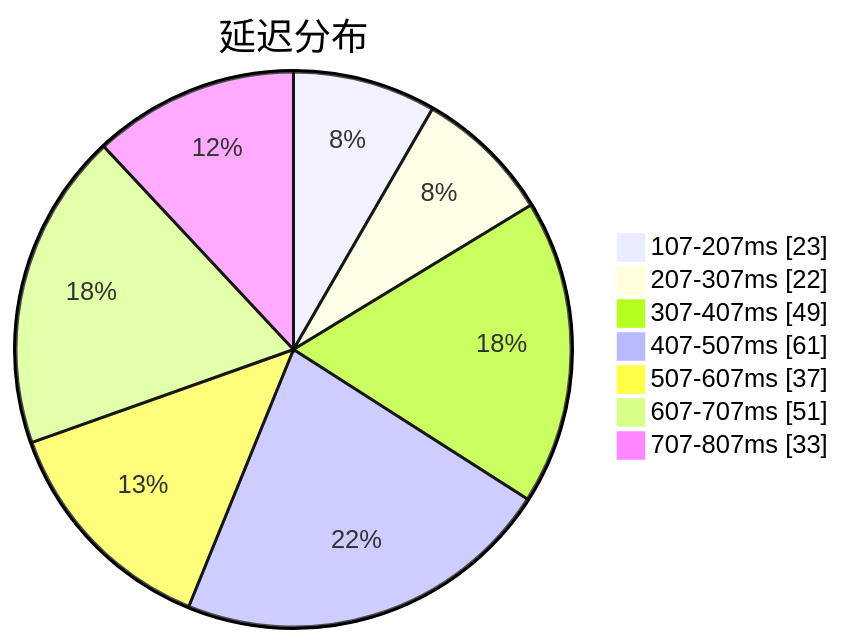
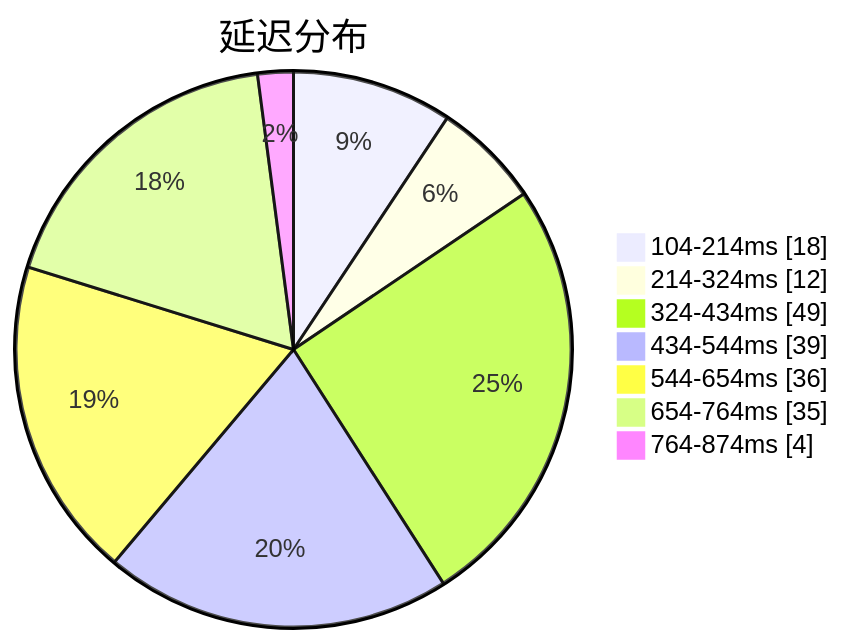
Before and after one commit to sinspired/airport: the first of 3 diagrams in subs/statistics/tested_within.md, drawn with Mermaid. The commit also changed other lines of this file and 2 other files, not shown here.

````diff
--- a/subs/statistics/tested_within.md
+++ b/subs/statistics/tested_within.md
@@ -2,11 +2,11 @@
 ```mermaid
 pie showData
 title 延迟分布
-"107-207ms" : 23
-"207-307ms" : 22
-"307-407ms" : 49
-"407-507ms" : 61
-"507-607ms" : 37
-"607-707ms" : 51
-"707-807ms" : 33
+"104-214ms" : 18
+"214-324ms" : 12
+"324-434ms" : 49
+"434-544ms" : 39
+"544-654ms" : 36
+"654-764ms" : 35
+"764-874ms" : 4
 ```
````
